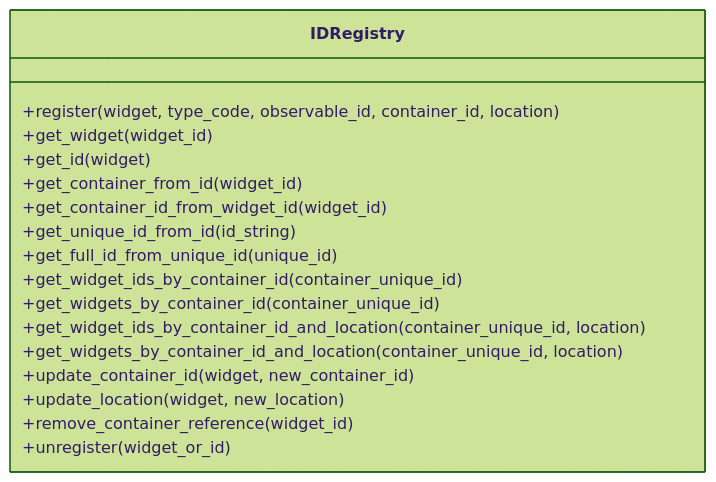
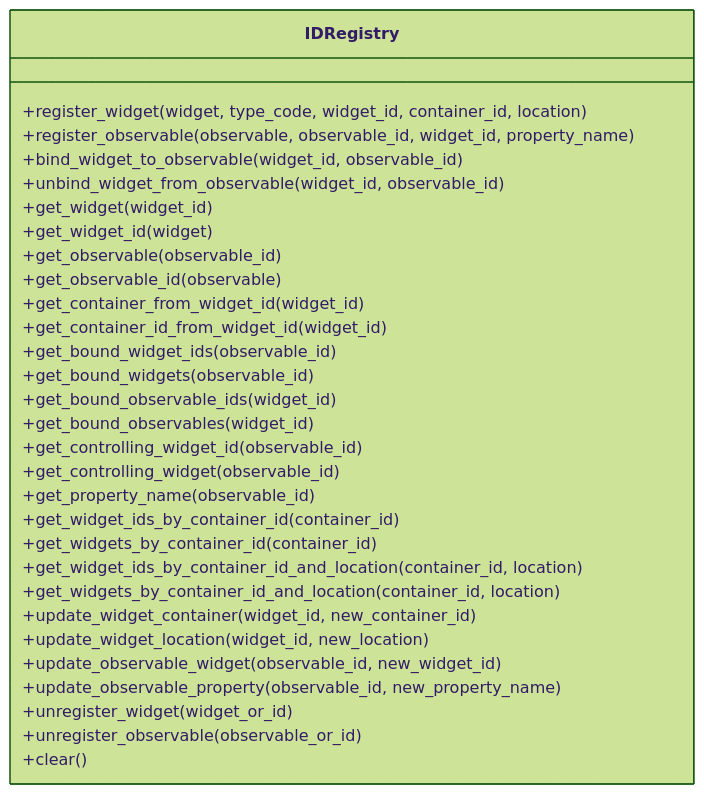
The second of 2 diagrams in command_system/docs/id_system.md (maro7tigre/PySignalDecipher), drawn with Mermaid (forest theme) before and after one commit. The commit also changed other lines of this file and 4 other files, not shown here.

````diff
--- a/command_system/docs/id_system.md
+++ b/command_system/docs/id_system.md
@@ -75,20 +134,33 @@
 ```mermaid
 classDiagram
     class IDRegistry {
-        +register(widget, type_code, observable_id, container_id, location)
+        +register_widget(widget, type_code, widget_id, container_id, location)
+        +register_observable(observable, observable_id, widget_id, property_name)
+        +bind_widget_to_observable(widget_id, observable_id)
+        +unbind_widget_from_observable(widget_id, observable_id)
         +get_widget(widget_id)
-        +get_id(widget)
-        +get_container_from_id(widget_id)
+        +get_widget_id(widget)
+        +get_observable(observable_id)
+        +get_observable_id(observable)
+        +get_container_from_widget_id(widget_id)
         +get_container_id_from_widget_id(widget_id)
-        +get_unique_id_from_id(id_string)
-        +get_full_id_from_unique_id(unique_id)
-        +get_widget_ids_by_container_id(container_unique_id)
-        +get_widgets_by_container_id(container_unique_id)
-        +get_widget_ids_by_container_id_and_location(container_unique_id, location)
-        +get_widgets_by_container_id_and_location(container_unique_id, location)
-        +update_container_id(widget, new_container_id)
-        +update_location(widget, new_location)
-        +remove_container_reference(widget_id)
-        +unregister(widget_or_id)
+        +get_bound_widget_ids(observable_id)
+        +get_bound_widgets(observable_id)
+        +get_bound_observable_ids(widget_id)
+        +get_bound_observables(widget_id)
+        +get_controlling_widget_id(observable_id)
+        +get_controlling_widget(observable_id)
+        +get_property_name(observable_id)
+        +get_widget_ids_by_container_id(container_id)
+        +get_widgets_by_container_id(container_id)
+        +get_widget_ids_by_container_id_and_location(container_id, location)
+        +get_widgets_by_container_id_and_location(container_id, location)
+        +update_widget_container(widget_id, new_container_id)
+        +update_widget_location(widget_id, new_location)
+        +update_observable_widget(observable_id, new_widget_id)
+        +update_observable_property(observable_id, new_property_name)
+        +unregister_widget(widget_or_id)
+        +unregister_observable(observable_or_id)
+        +clear()
     }
 ```
````
